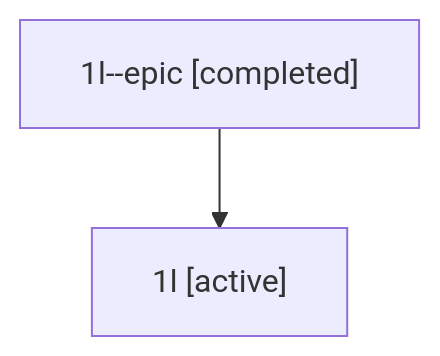
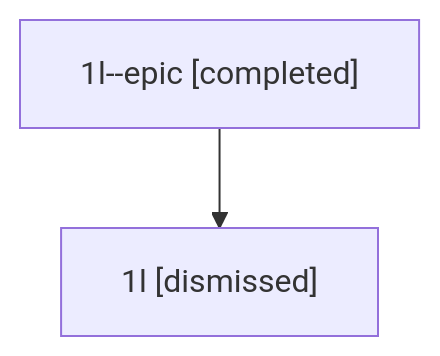
The diagram in sessions/bbugyi200.athena.1l.md (sase-org/sase--agents), drawn with Mermaid before and after one commit. The commit also changed other lines of this file and 32 other files, not shown here.

````diff
--- a/sessions/bbugyi200.athena.1l.md
+++ b/sessions/bbugyi200.athena.1l.md
@@ -9,6 +9,6 @@
 ```mermaid
 flowchart TD
   n0["1l--epic [completed]"]
-  n1["1l [active]"]
+  n1["1l [dismissed]"]
   n0 --> n1
 ```
````
